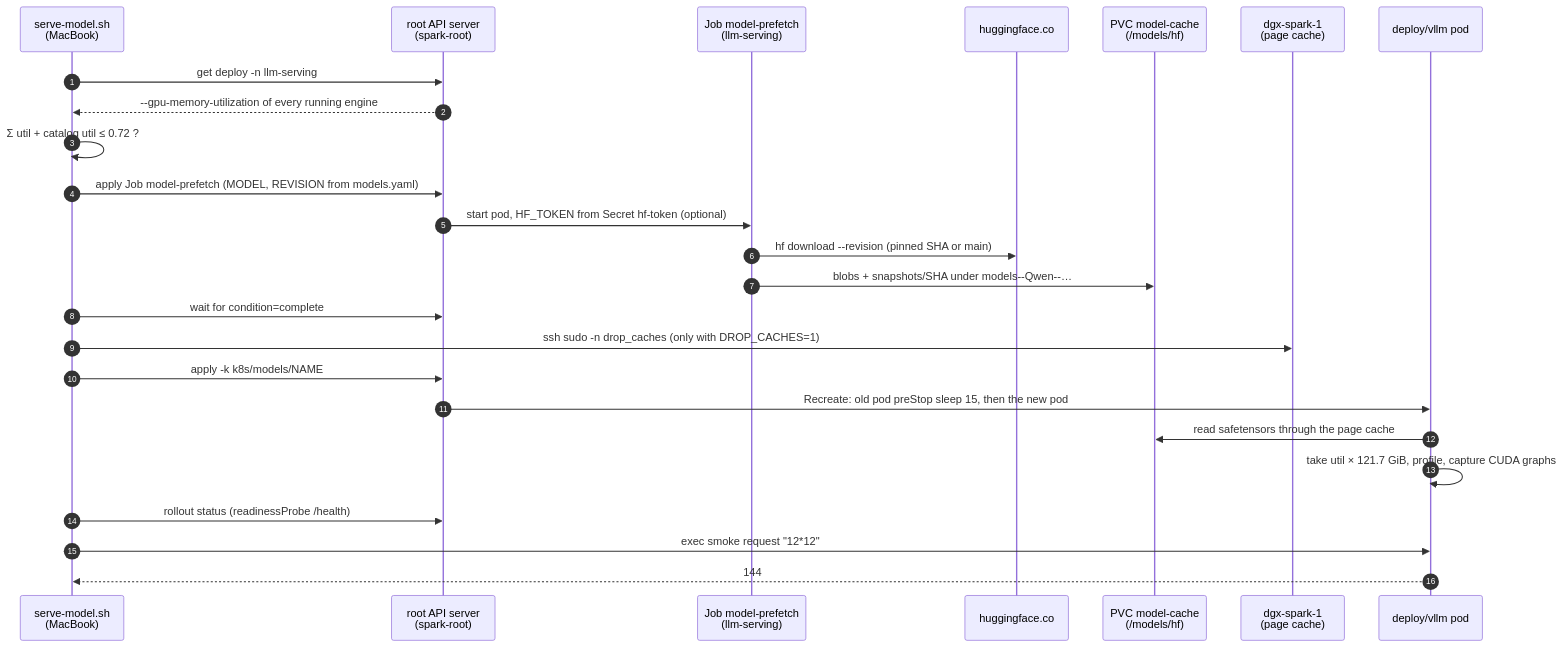
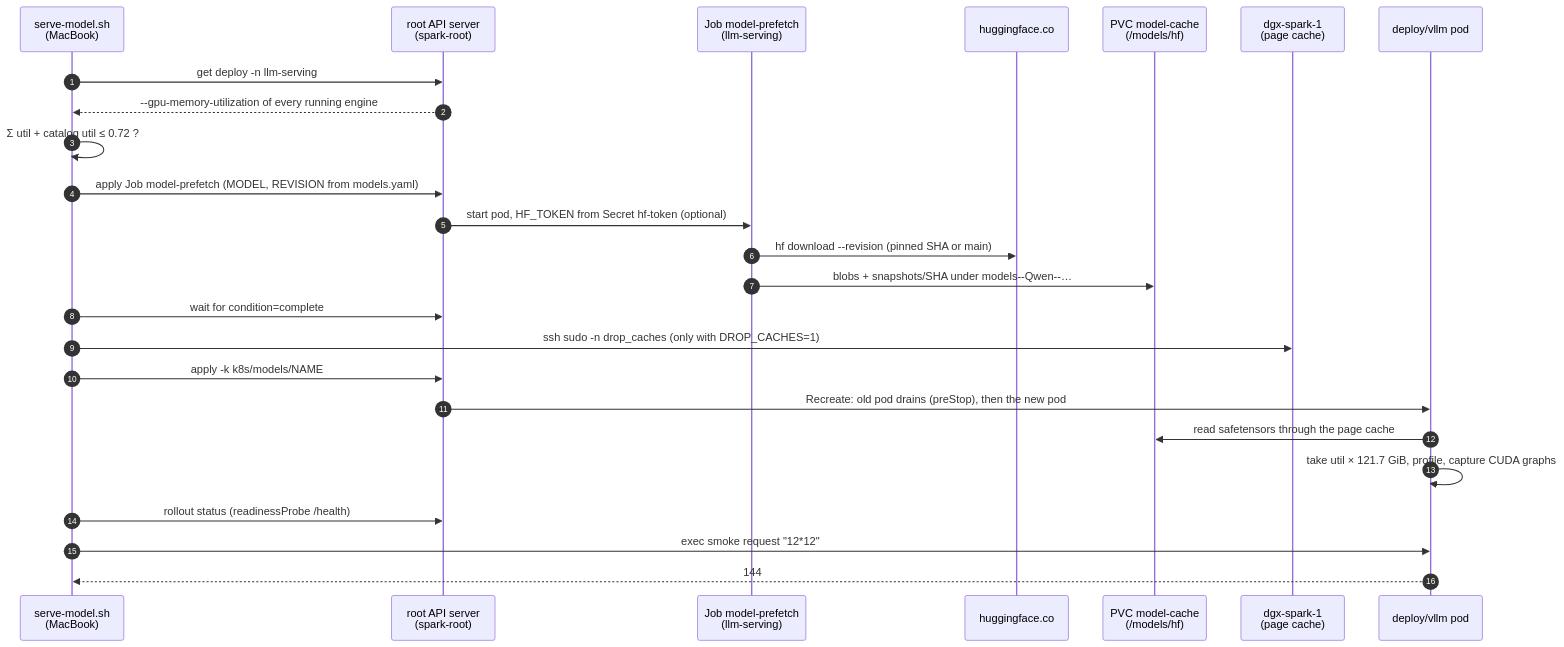
Before and after one commit to cloudone365/technical-depth: the second of 2 diagrams in 04-Qwen/06-kubernetes-deployment-and-weight-caching.md, drawn with Mermaid. The commit also changed other lines of this file and 9 other files, not shown here.

First line of the commit message:
vLLM: preStop drains until no request runs (sleep 15 cut streams)

````diff
--- a/04-Qwen/06-kubernetes-deployment-and-weight-caching.md
+++ b/04-Qwen/06-kubernetes-deployment-and-weight-caching.md
@@ -86,27 +86,27 @@
 ```mermaid
 sequenceDiagram
   autonumber
   participant M as serve-model.sh<br/>(MacBook)
   participant A as root API server<br/>(spark-root)
   participant J as Job model-prefetch<br/>(llm-serving)
   participant HF as huggingface.co
   participant C as PVC model-cache<br/>(/models/hf)
   participant S as dgx-spark-1<br/>(page cache)
   participant V as deploy/vllm pod
   M->>A: get deploy -n llm-serving
   A-->>M: --gpu-memory-utilization of every running engine
   M->>M: Σ util + catalog util ≤ 0.72 ?
   M->>A: apply Job model-prefetch (MODEL, REVISION from models.yaml)
   A->>J: start pod, HF_TOKEN from Secret hf-token (optional)
   J->>HF: hf download --revision (pinned SHA or main)
   J->>C: blobs + snapshots/SHA under models--Qwen--…
   M->>A: wait for condition=complete
   M->>S: ssh sudo -n drop_caches (only with DROP_CACHES=1)
   M->>A: apply -k k8s/models/NAME
-  A->>V: Recreate: old pod preStop sleep 15, then the new pod
+  A->>V: Recreate: old pod drains (preStop), then the new pod
   V->>C: read safetensors through the page cache
   V->>V: take util × 121.7 GiB, profile, capture CUDA graphs
   M->>A: rollout status (readinessProbe /health)
   M->>V: exec smoke request "12*12"
   V-->>M: 144
 ```
````
